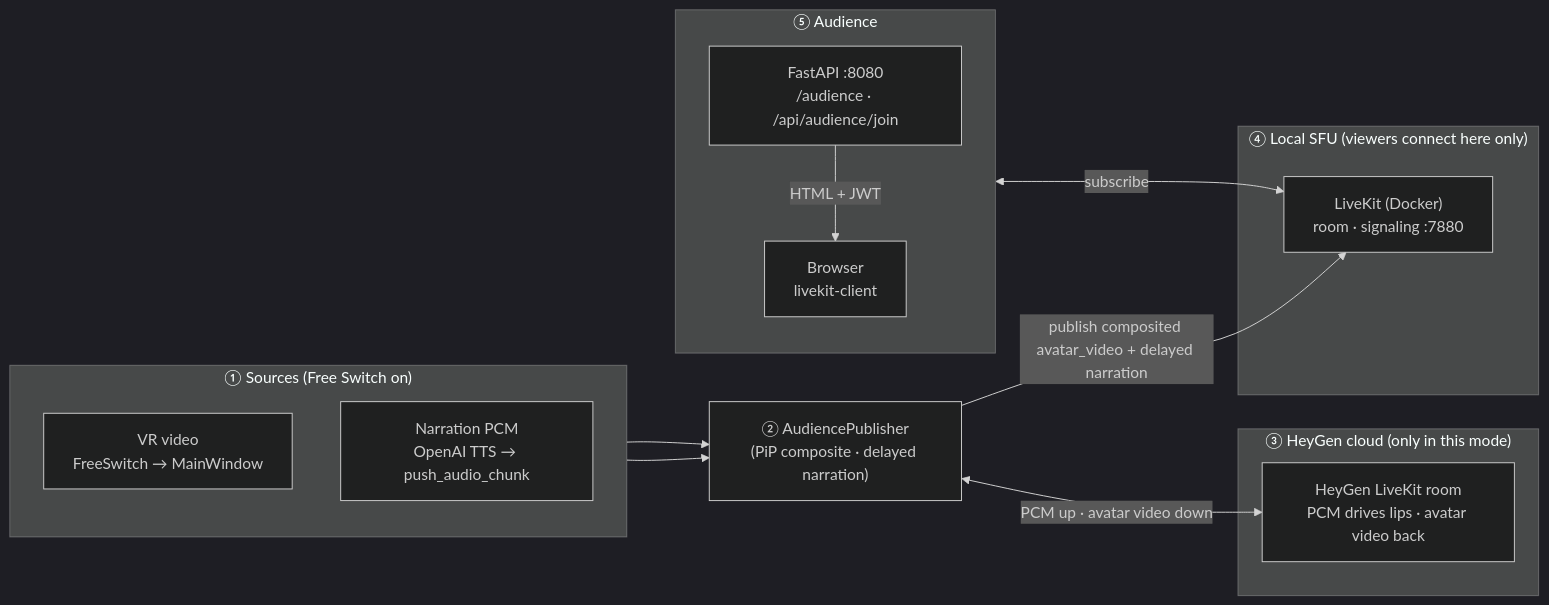
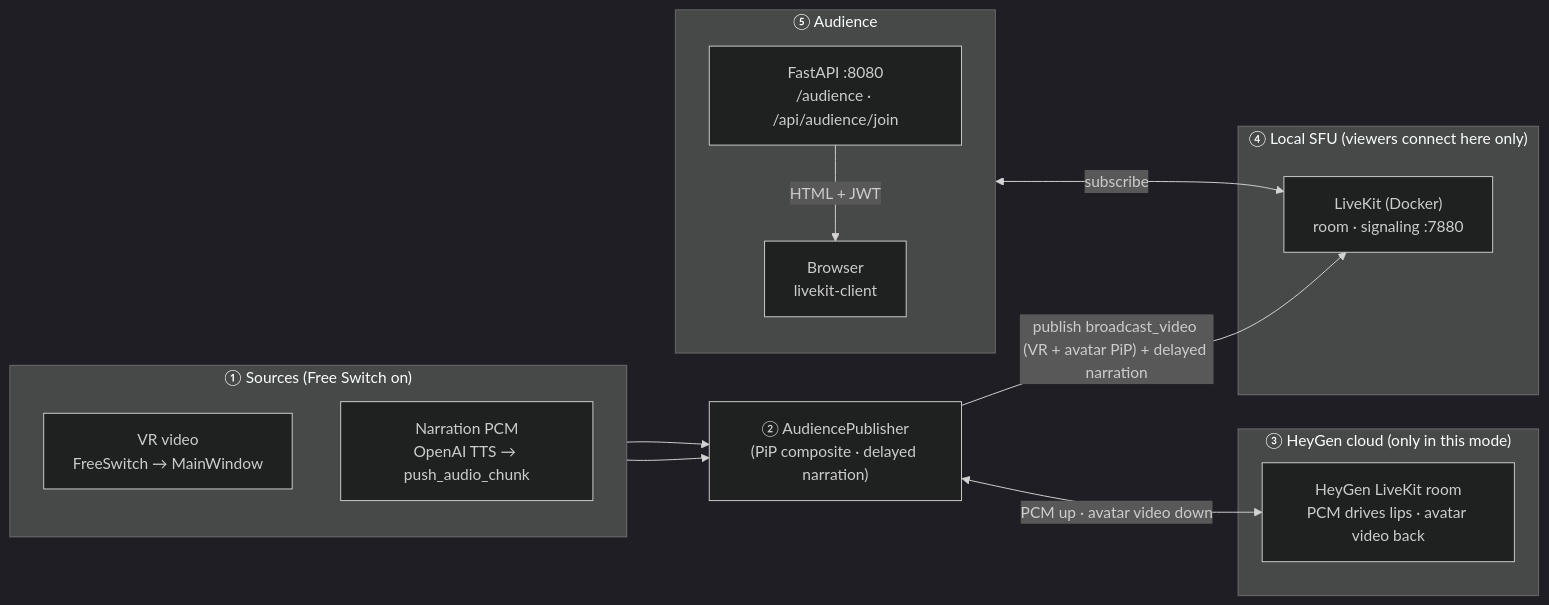
The second of 3 diagrams in src/miis_broadcast/audience/README.md (bolin35877766/miis_broadcast), drawn with Mermaid (dark theme) before and after one commit. The commit also changed other lines of this file and 3 other files, not shown here.

Commit message:
Rename audience video track to broadcast_video; clarify VR vs HeyGen in docs.

````diff
--- a/src/miis_broadcast/audience/README.md
+++ b/src/miis_broadcast/audience/README.md
@@ -74,31 +74,31 @@
 ```mermaid
 flowchart LR
   subgraph SRC["① Sources (Free Switch on)"]
     direction TB
     VR["VR video<br/>FreeSwitch → MainWindow"]
     PCM["Narration PCM<br/>OpenAI TTS → push_audio_chunk"]
   end
 
   PUB["② AudiencePublisher<br/>(PiP composite · delayed narration)"]
 
   subgraph CLD["③ HeyGen cloud (only in this mode)"]
     HG["HeyGen LiveKit room<br/>PCM drives lips · avatar video back"]
   end
 
   subgraph LOC["④ Local SFU (viewers connect here only)"]
     LK["LiveKit (Docker)<br/>room · signaling :7880"]
   end
 
   subgraph AUD["⑤ Audience"]
     direction TB
     HTTP["FastAPI :8080<br/>/audience · /api/audience/join"]
     BR["Browser<br/>livekit-client"]
   end
 
   VR --> PUB
   PCM --> PUB
   PUB <-->|"PCM up · avatar video down"| HG
-  PUB -->|"publish composited avatar_video + delayed narration"| LK
+  PUB -->|"publish broadcast_video (VR + avatar PiP) + delayed narration"| LK
   HTTP -->|"HTML + JWT"| BR
   BR <-->|"subscribe"| LK
 ```
````
